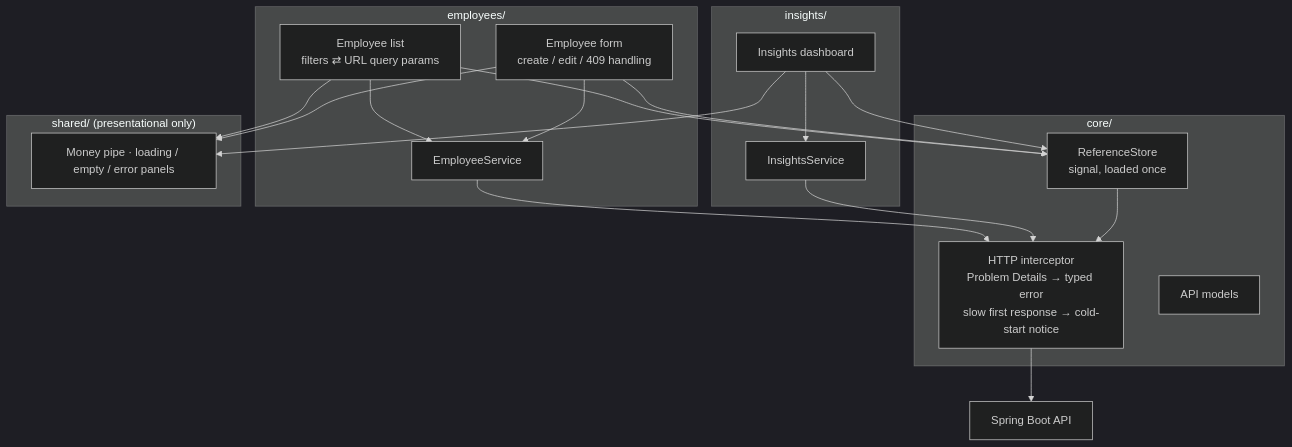
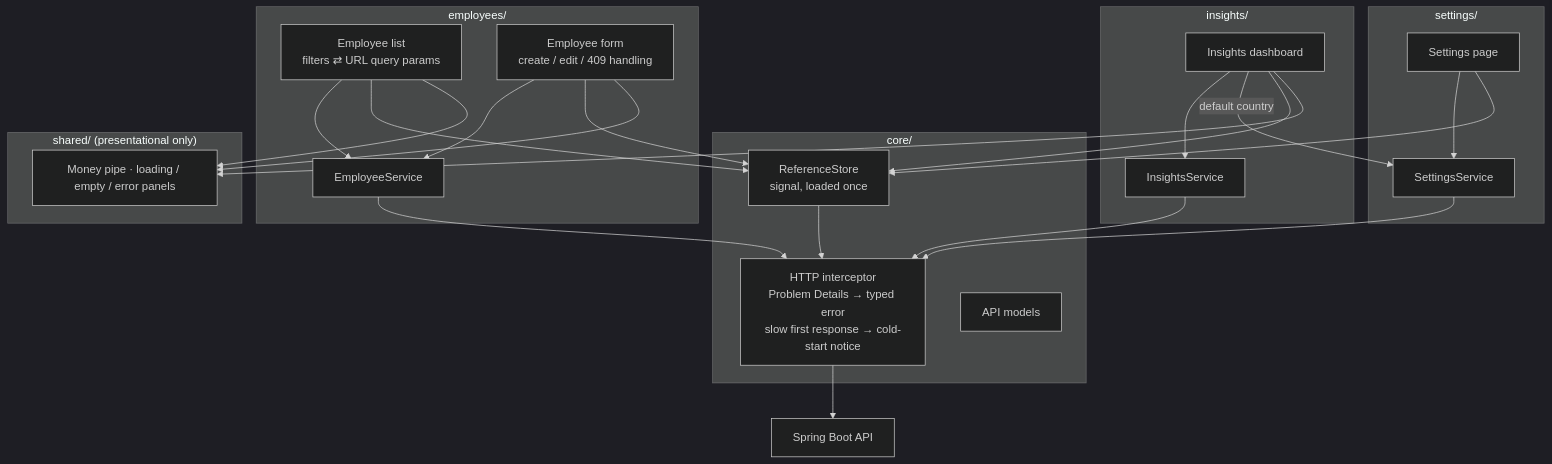
Before and after one commit to rakeshjoshi9999/salary-management: the third of 5 diagrams in docs/ARCHITECTURE.md, drawn with Mermaid (dark theme). The commit also changed other lines of this file and 8 other files, not shown here.

Commit message:
docs: UI design, a settings feature for the default country, and Chart.js (task 2.5)

````diff
--- a/docs/ARCHITECTURE.md
+++ b/docs/ARCHITECTURE.md
@@ -111,30 +118,37 @@
 ```mermaid
 flowchart TB
     subgraph core["core/"]
         int["HTTP interceptor<br/>Problem Details → typed error<br/>slow first response → cold-start notice"]
         ref["ReferenceStore<br/>signal, loaded once"]
         models["API models"]
     end
 
     subgraph employees["employees/"]
         list["Employee list<br/>filters ⇄ URL query params"]
         form["Employee form<br/>create / edit / 409 handling"]
         esvc["EmployeeService"]
     end
 
     subgraph insights["insights/"]
         dash["Insights dashboard"]
         isvc["InsightsService"]
     end
 
+    subgraph settingsf["settings/"]
+        sp["Settings page"]
+        ssvc["SettingsService"]
+    end
+
     subgraph shared["shared/ (presentational only)"]
         ui["Money pipe · loading / empty / error panels"]
     end
 
     list & form --> esvc
     dash --> isvc
-    list & form & dash --> ref
+    dash -- "default country" --> ssvc
+    sp --> ssvc
+    list & form & dash & sp --> ref
     list & form & dash --> ui
-    esvc & isvc & ref --> int
+    esvc & isvc & ssvc & ref --> int
     int --> api["Spring Boot API"]
 ```
````
